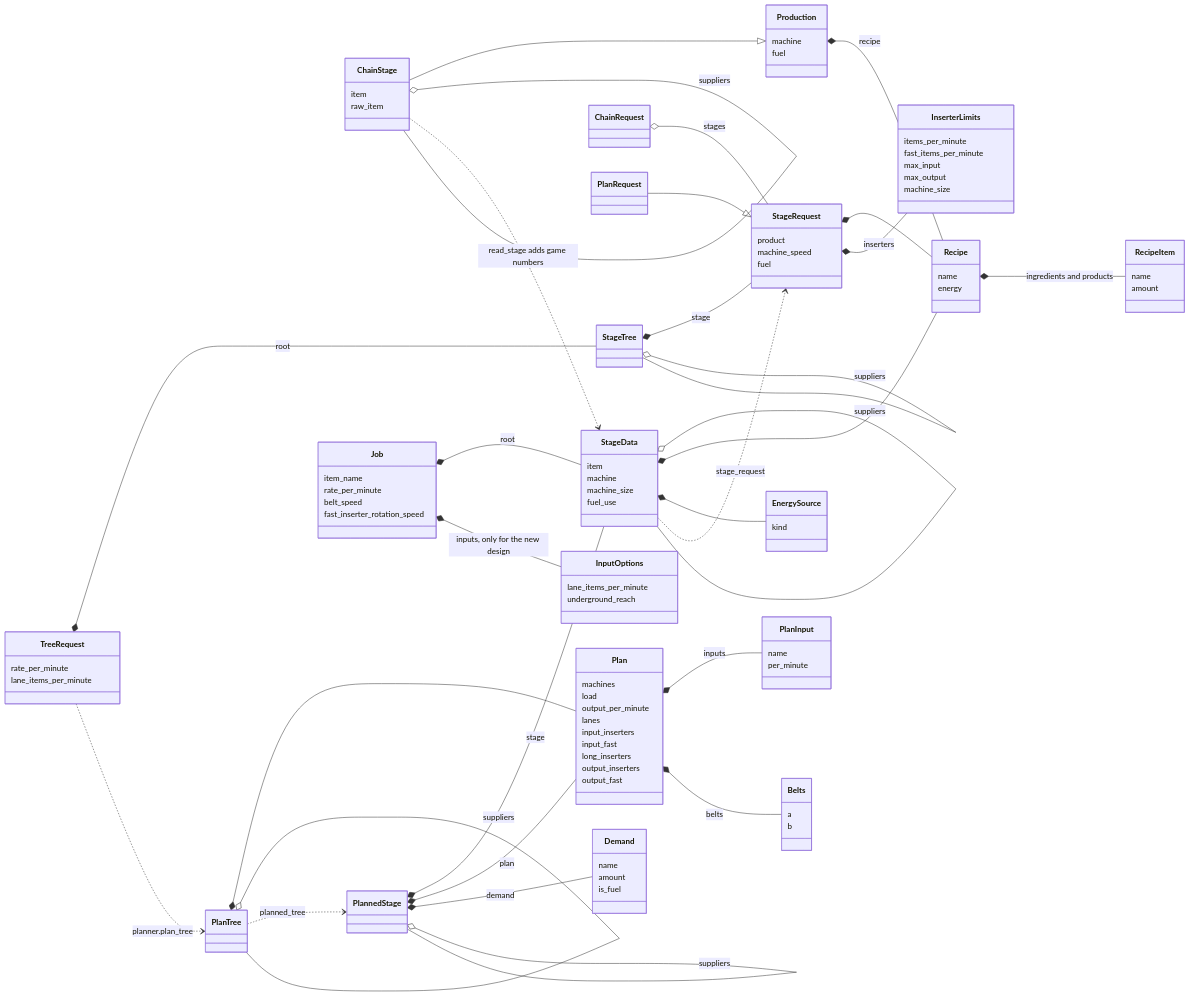
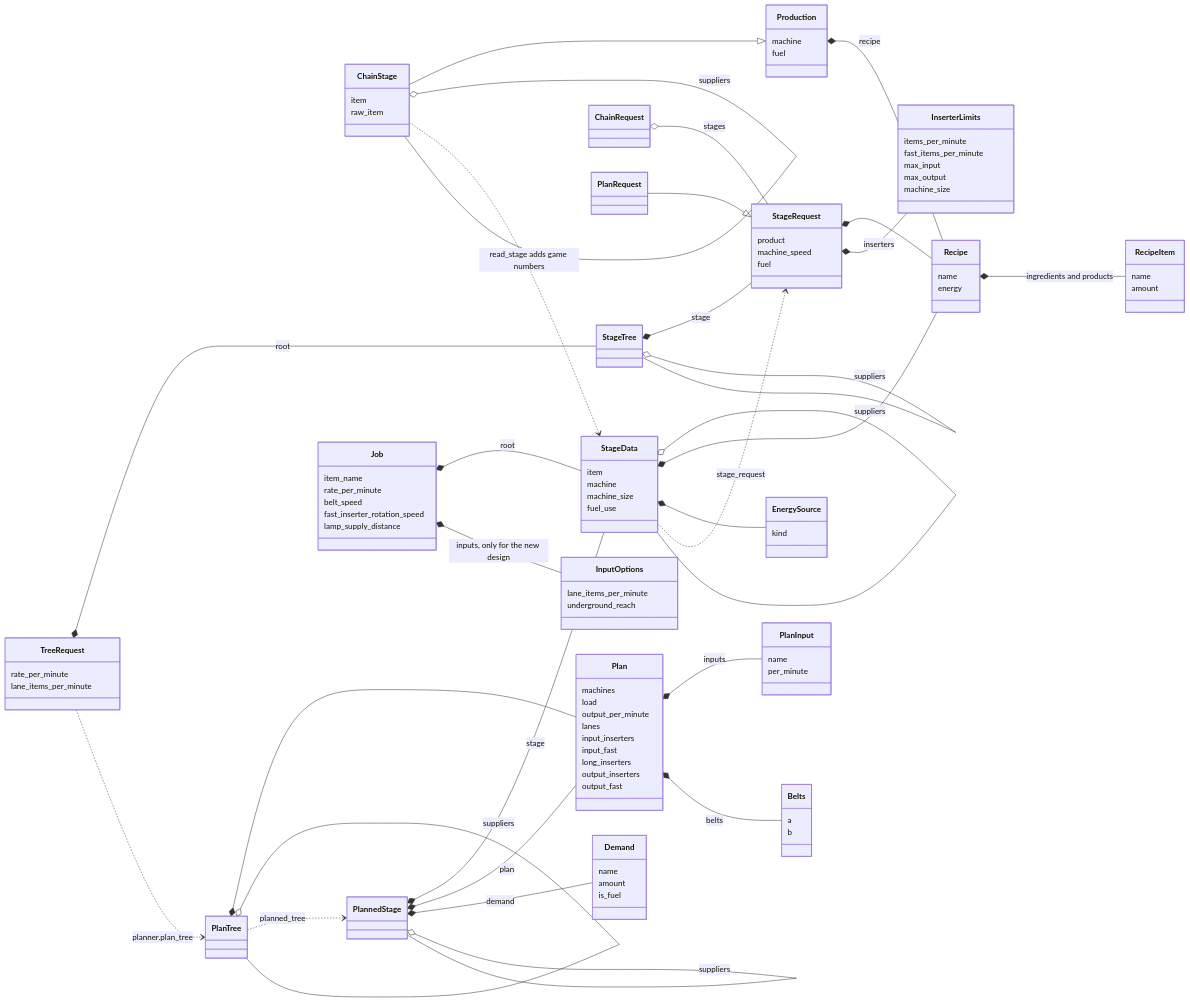
Before and after one commit to RibbonedAce/factorio-blueprint-generation: the third of 5 diagrams in TYPES.md, drawn with Mermaid. The commit also changed other lines of this file and 10 other files, not shown here.

```diff
--- a/TYPES.md
+++ b/TYPES.md
@@ -176,6 +180,7 @@
     rate_per_minute
     belt_speed
     fast_inserter_rotation_speed
+    lamp_supply_distance
   }
   class InputOptions {
     lane_items_per_minute
```
